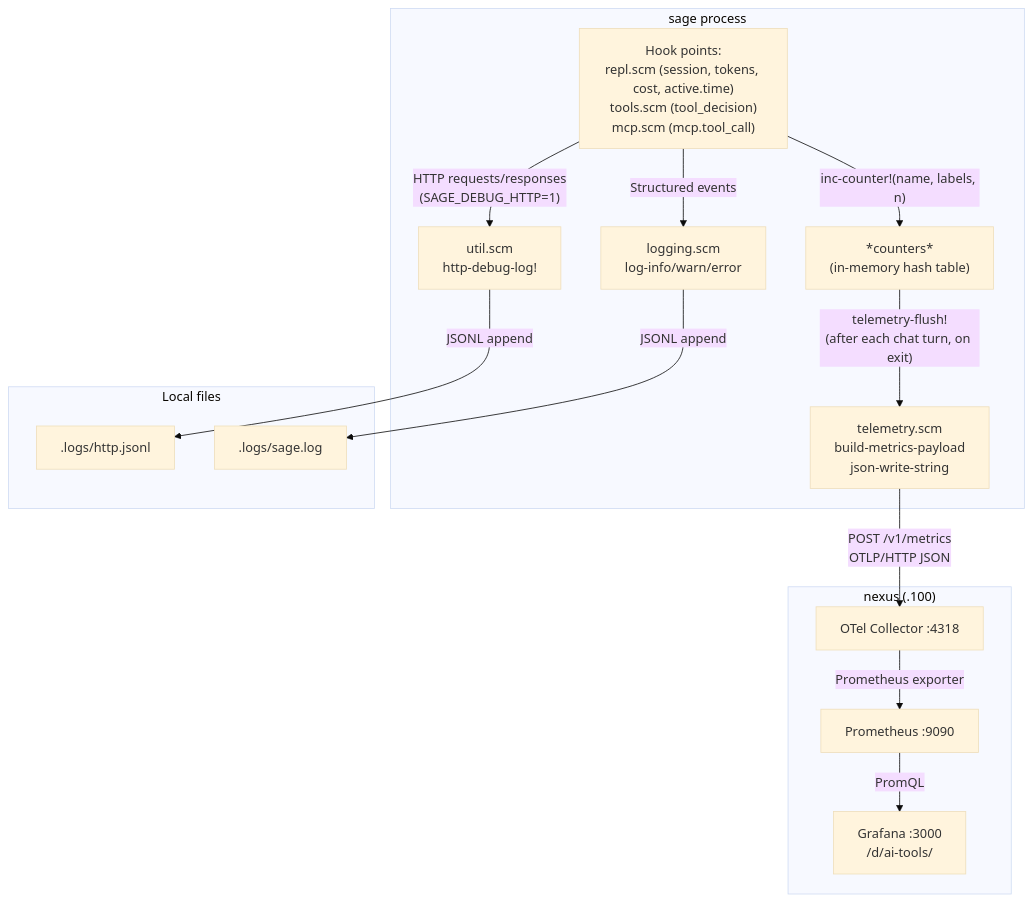
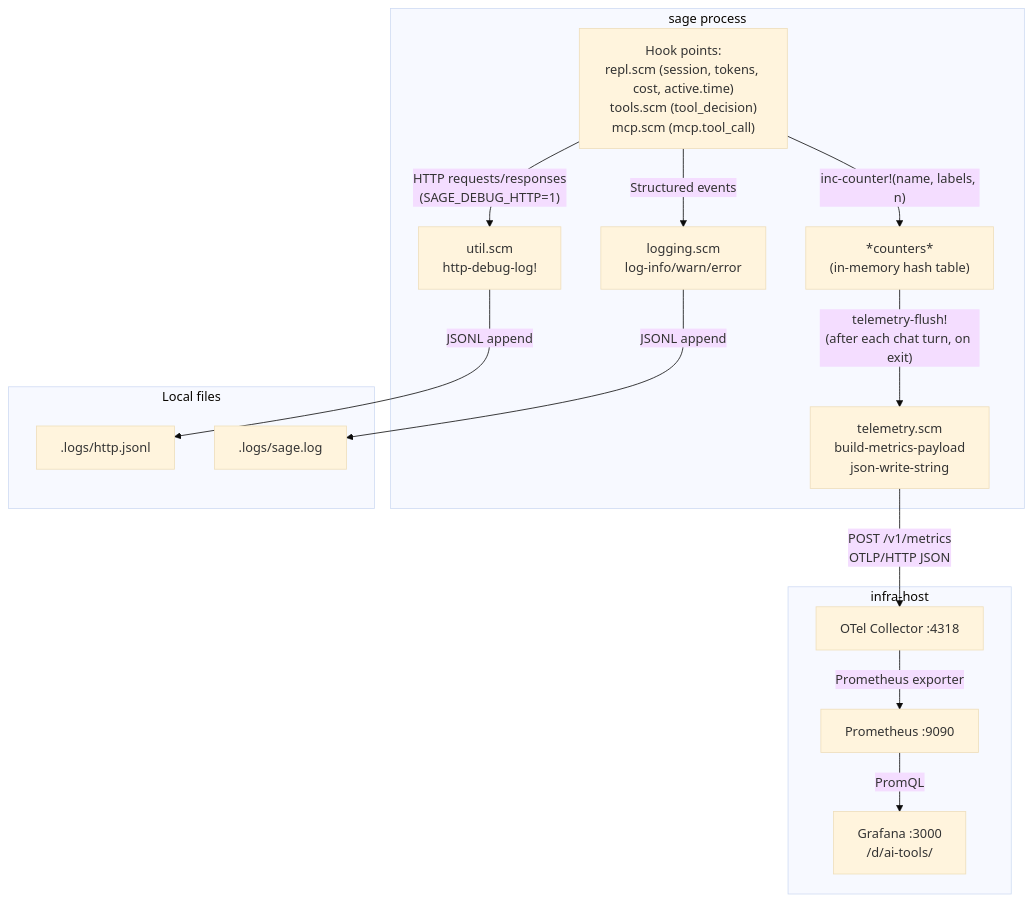
The fifth of 5 diagrams in docs/ARCHITECTURE.org (dsp-dr/guile-sage), drawn with Mermaid (base theme) before and after one commit. The commit also changed other lines of this file and 16 other files, not shown here.

```diff
--- a/docs/ARCHITECTURE.org
+++ b/docs/ARCHITECTURE.org
@@ -464,33 +464,33 @@
 #+BEGIN_SRC mermaid
 flowchart TB
     subgraph sage["sage process"]
         hooks["Hook points:\nrepl.scm (session, tokens, cost, active.time)\ntools.scm (tool_decision)\nmcp.scm (mcp.tool_call)"]
         counters["*counters*\n(in-memory hash table)"]
         telem["telemetry.scm\nbuild-metrics-payload\njson-write-string"]
         http_debug["util.scm\nhttp-debug-log!"]
         structured["logging.scm\nlog-info/warn/error"]
     end
 
-    subgraph nexus["nexus (.100)"]
+    subgraph infra["infra-host"]
         otel["OTel Collector :4318"]
         prom["Prometheus :9090"]
         graf["Grafana :3000\n/d/ai-tools/"]
     end
 
     subgraph local_files["Local files"]
         http_log[".logs/http.jsonl"]
         sage_log[".logs/sage.log"]
     end
 
     hooks -- "inc-counter!(name, labels, n)" --> counters
     counters -- "telemetry-flush!\n(after each chat turn, on exit)" --> telem
     telem -- "POST /v1/metrics\nOTLP/HTTP JSON" --> otel
     otel -- "Prometheus exporter" --> prom
     prom -- "PromQL" --> graf
 
     hooks -- "HTTP requests/responses\n(SAGE_DEBUG_HTTP=1)" --> http_debug
     http_debug -- "JSONL append" --> http_log
 
     hooks -- "Structured events" --> structured
     structured -- "JSONL append" --> sage_log
 #+END_SRC
```
